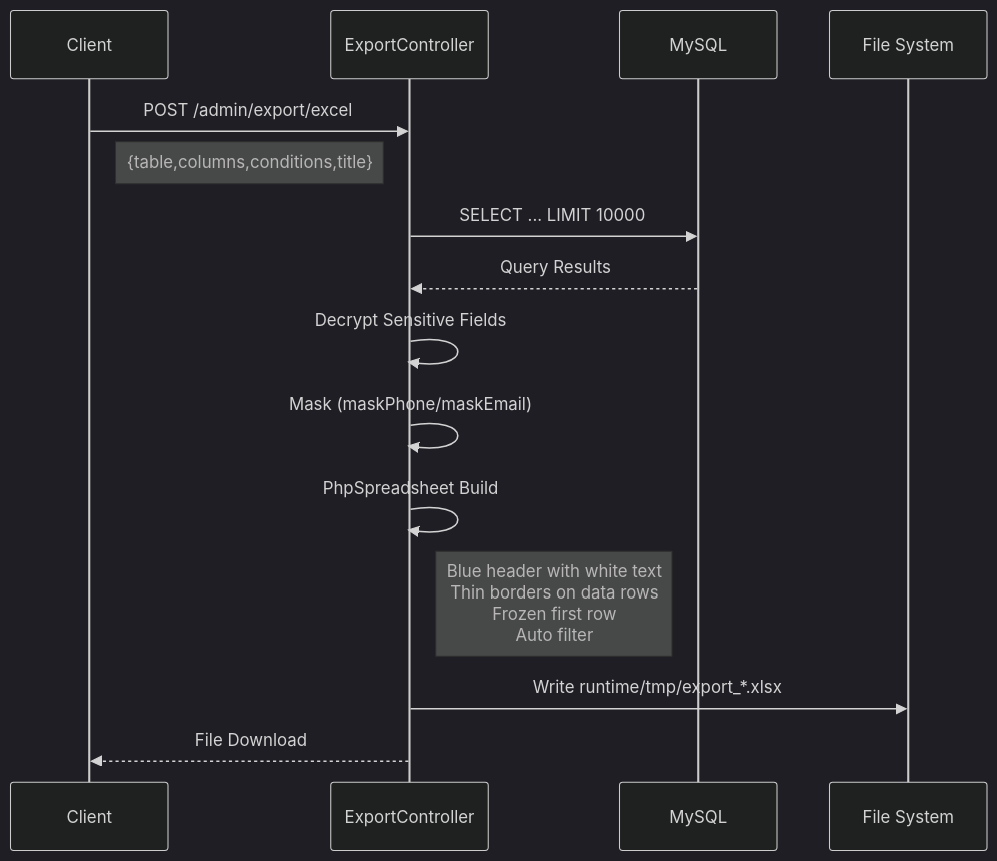
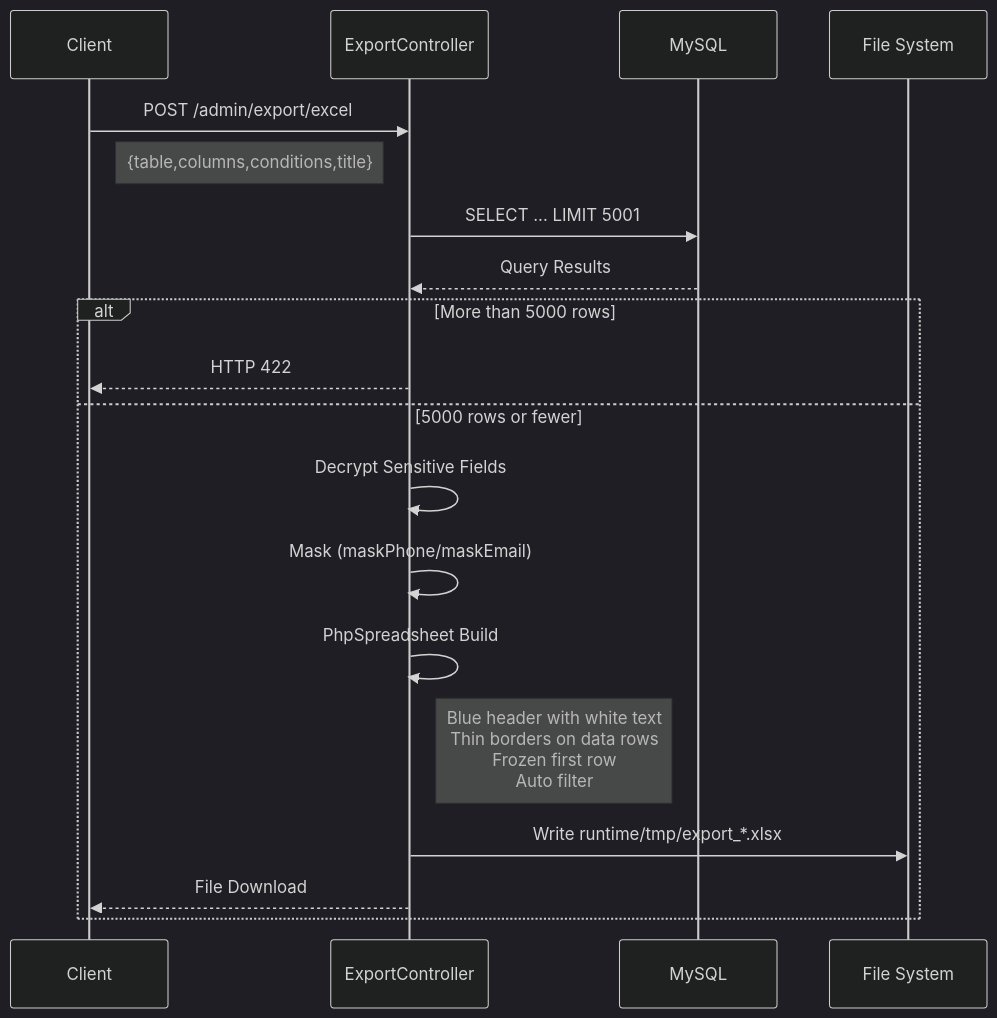
The first of 2 diagrams in docs/diagrams/09-export-flow.en.md (erikwang2013/open-admin), drawn with Mermaid (dark theme) before and after one commit. The commit also changed 148 other files, not shown here.

````diff
--- a/docs/diagrams/09-export-flow.en.md
+++ b/docs/diagrams/09-export-flow.en.md
@@ -9,18 +9,22 @@
 ```mermaid
 sequenceDiagram
     participant C as Client
     participant CTL as ExportController
     participant DB as MySQL
     participant FS as File System
 
     C->>CTL: POST /admin/export/excel
     Note right of C: {table,columns,conditions,title}
-    CTL->>DB: SELECT ... LIMIT 10000
+    CTL->>DB: SELECT ... LIMIT 5001
     DB-->>CTL: Query Results
-    CTL->>CTL: Decrypt Sensitive Fields
-    CTL->>CTL: Mask (maskPhone/maskEmail)
-    CTL->>CTL: PhpSpreadsheet Build
-    Note right of CTL: Blue header with white text<br/>Thin borders on data rows<br/>Frozen first row<br/>Auto filter
-    CTL->>FS: Write runtime/tmp/export_*.xlsx
-    CTL-->>C: File Download
+    alt More than 5000 rows
+        CTL-->>C: HTTP 422
+    else 5000 rows or fewer
+        CTL->>CTL: Decrypt Sensitive Fields
+        CTL->>CTL: Mask (maskPhone/maskEmail)
+        CTL->>CTL: PhpSpreadsheet Build
+        Note right of CTL: Blue header with white text<br/>Thin borders on data rows<br/>Frozen first row<br/>Auto filter
+        CTL->>FS: Write runtime/tmp/export_*.xlsx
+        CTL-->>C: File Download
+    end
 ```
````
